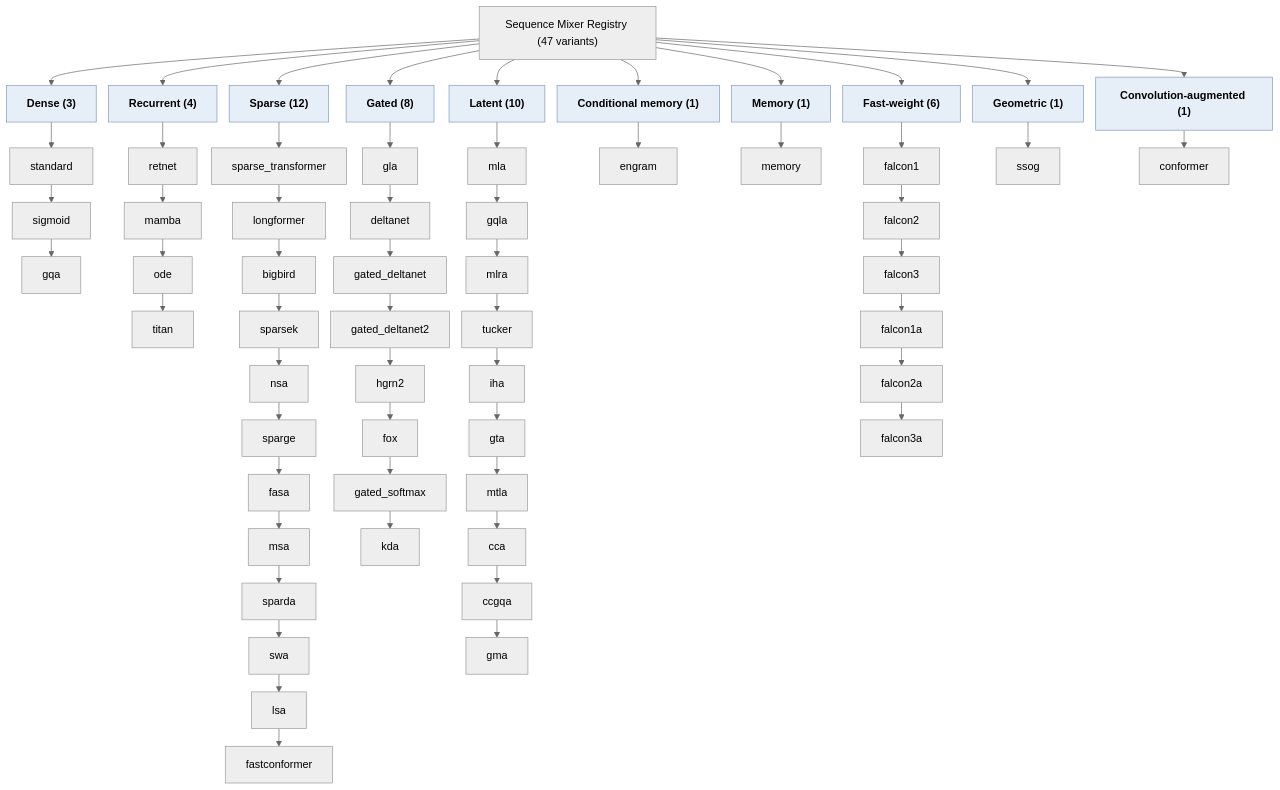
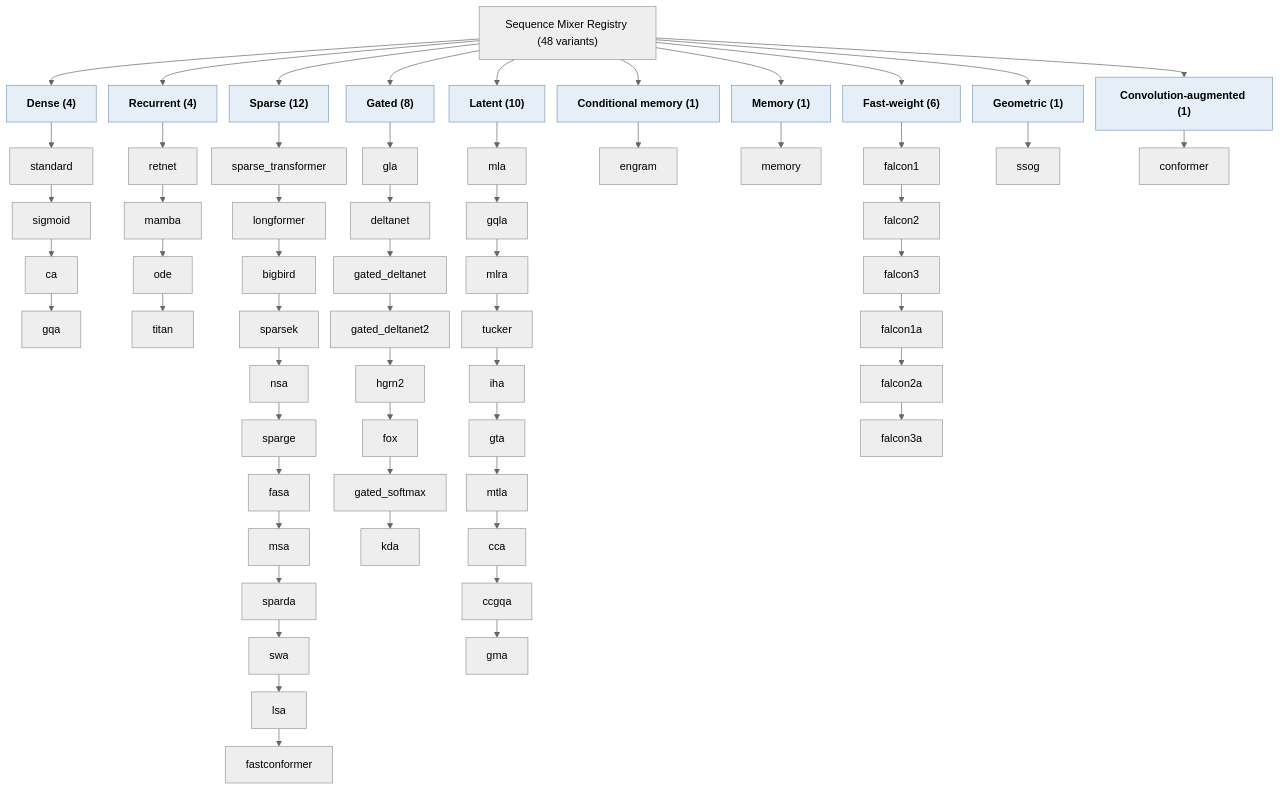
One commit to erickfmm/frankenstein-transformer changed the diagram in docs/paper/figures/mixer-taxonomy.mmd. Above: the diagram before and after it, drawn with Mermaid. The commit also changed 58 other files, not shown here.

```diff
--- a/docs/paper/figures/mixer-taxonomy.mmd
+++ b/docs/paper/figures/mixer-taxonomy.mmd
@@ -1,37 +1,37 @@
 %%{init: {"theme":"neutral","flowchart":{"curve":"basis","nodeSpacing":18,"rankSpacing":26}}}%%
 flowchart TD
-  root["Sequence Mixer Registry (47 variants)"]
+  root["Sequence Mixer Registry (48 variants)"]
 
-  d["Dense (3)"] --> d1["standard"] --> d2["sigmoid"] --> d3["gqa"]
+  d["Dense (4)"] --> d1["standard"] --> d2["sigmoid"] --> d2b["ca"] --> d3["gqa"]
 
   r["Recurrent (4)"] --> r1["retnet"] --> r2["mamba"] --> r3["ode"] --> r4["titan"]
 
   s["Sparse (12)"] --> s1["sparse_transformer"] --> s2["longformer"] --> s3["bigbird"] --> s4["sparsek"] --> s5["nsa"] --> s6["sparge"] --> s7["fasa"] --> s8["msa"] --> s9["sparda"] --> s10["swa"] --> s11["lsa"] --> s12["fastconformer"]
 
   g["Gated (8)"] --> g1["gla"] --> g2["deltanet"] --> g3["gated_deltanet"] --> g4["gated_deltanet2"] --> g5["hgrn2"] --> g6["fox"] --> g7["gated_softmax"] --> g8["kda"]
 
   l["Latent (10)"] --> l1["mla"] --> l2["gqla"] --> l3["mlra"] --> l4["tucker"] --> l5["iha"] --> l6["gta"] --> l7["mtla"] --> l8["cca"] --> l9["ccgqa"] --> l10["gma"]
 
   m["Conditional memory (1)"] --> m1["engram"]
 
   mm["Memory (1)"] --> mm1["memory"]
 
   f["Fast-weight (6)"] --> f1["falcon1"] --> f2["falcon2"] --> f3["falcon3"] --> f4["falcon1a"] --> f5["falcon2a"] --> f6["falcon3a"]
 
   x["Geometric (1)"] --> x1["ssog"]
 
   c["Convolution-augmented (1)"] --> c1["conformer"]
 
   root --> d
   root --> r
   root --> s
   root --> g
   root --> l
   root --> m
   root --> mm
   root --> f
   root --> x
   root --> c
 
   classDef category fill:#e6eef7,stroke:#7f9bbf,font-weight:bold
   class d,r,s,g,l,m,mm,f,x,c category
```
